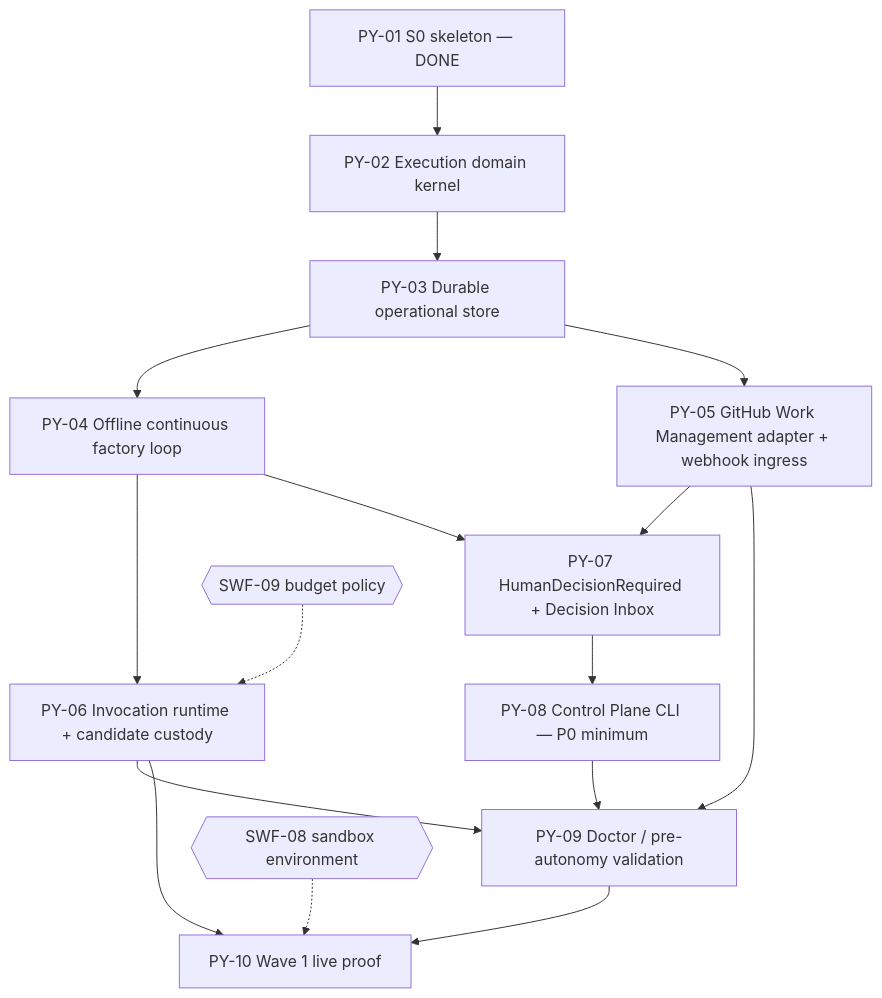
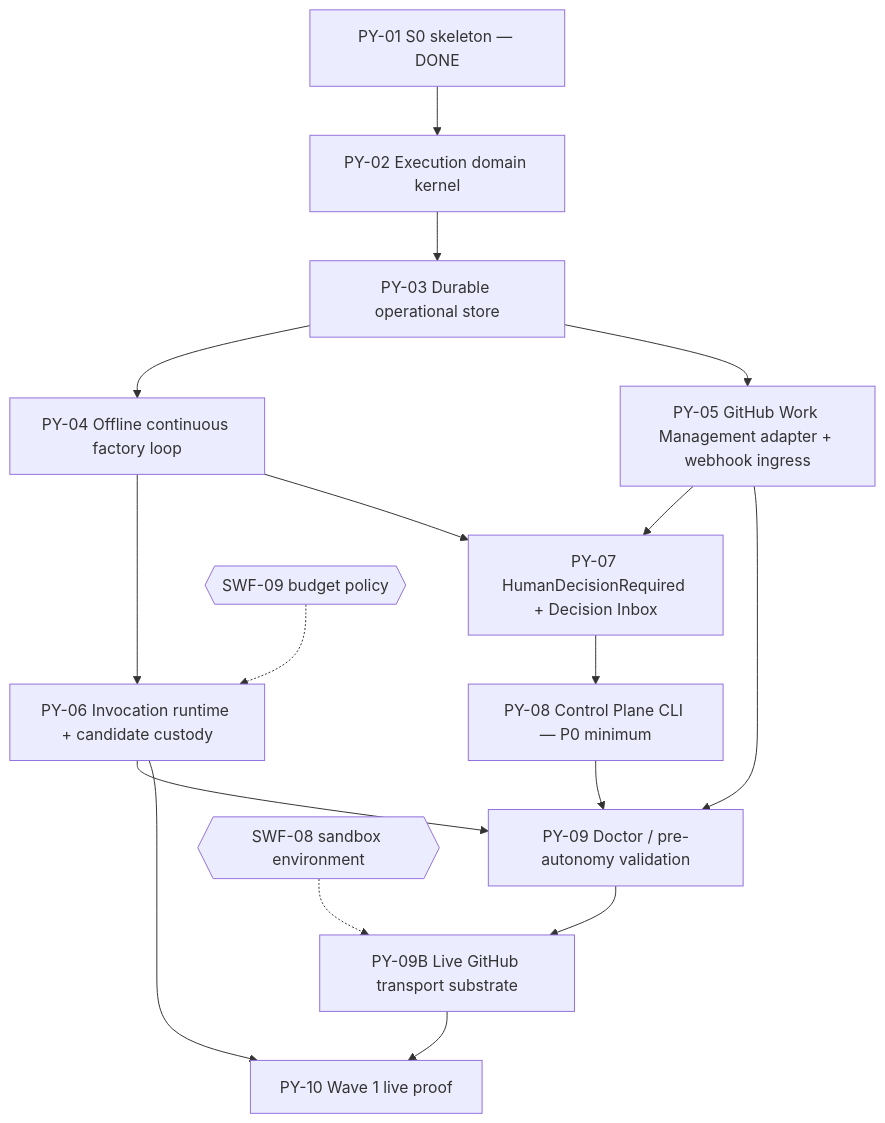
One commit to AlienLogicLab/alienintent changed the diagram in docs/work-units/sf-wave1-plan.md. Above: the diagram before and after it, drawn with Mermaid. The commit also changed other lines of this file and 4 other files, not shown here.

````diff
--- a/docs/work-units/sf-wave1-plan.md
+++ b/docs/work-units/sf-wave1-plan.md
@@ -40,18 +40,19 @@
 ```mermaid
 graph TD
   PY01[PY-01 S0 skeleton — DONE] --> PY02
   PY02[PY-02 Execution domain kernel] --> PY03
   PY03[PY-03 Durable operational store] --> PY04
   PY04[PY-04 Offline continuous factory loop] --> PY06
   PY03 --> PY05[PY-05 GitHub Work Management adapter + webhook ingress]
   PY04 --> PY07[PY-07 HumanDecisionRequired + Decision Inbox]
   PY05 --> PY07
   PY06[PY-06 Invocation runtime + candidate custody] --> PY09
   PY07 --> PY08[PY-08 Control Plane CLI — P0 minimum]
   PY08 --> PY09[PY-09 Doctor / pre-autonomy validation]
   PY05 --> PY09
-  PY09 --> PY10[PY-10 Wave 1 live proof]
+  PY09 --> PY09B[PY-09B Live GitHub transport substrate]
+  PY09B --> PY10[PY-10 Wave 1 live proof]
   PY06 --> PY10
-  D1{{SWF-08 sandbox environment}} -.-> PY10
+  D1{{SWF-08 sandbox environment}} -.-> PY09B
   D2{{SWF-09 budget policy}} -.-> PY06
 ```
````
